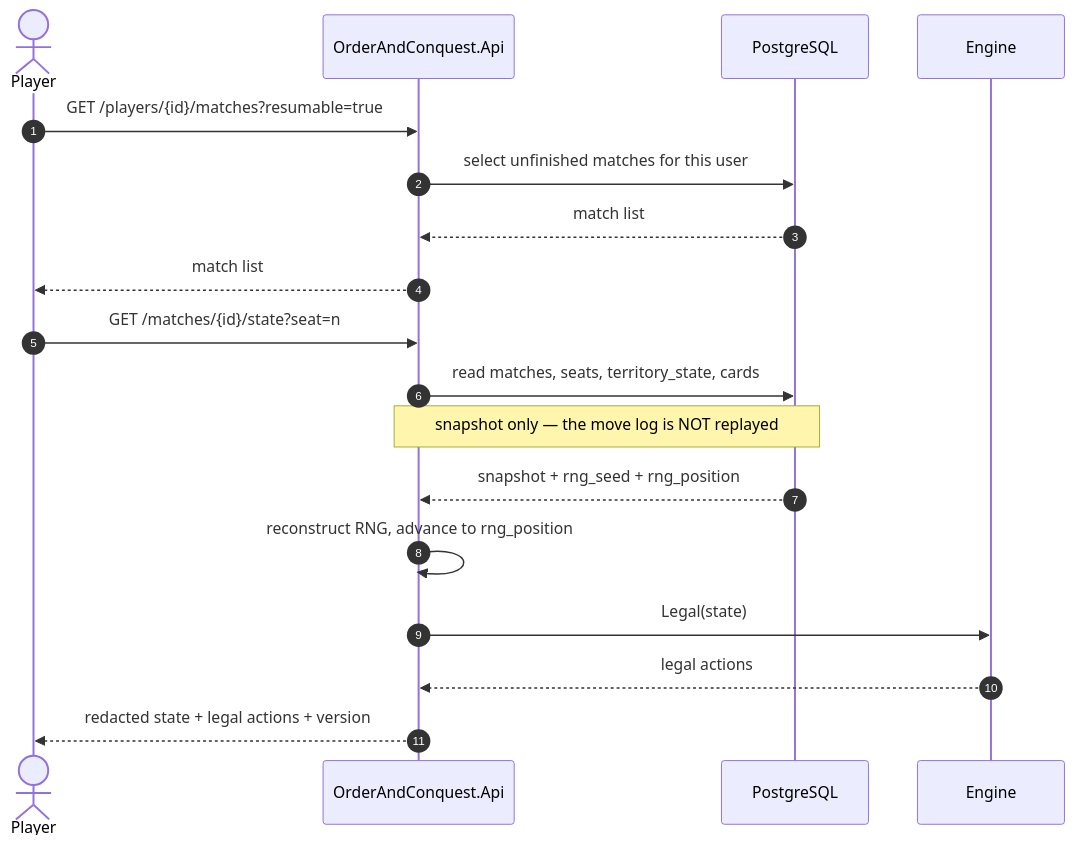
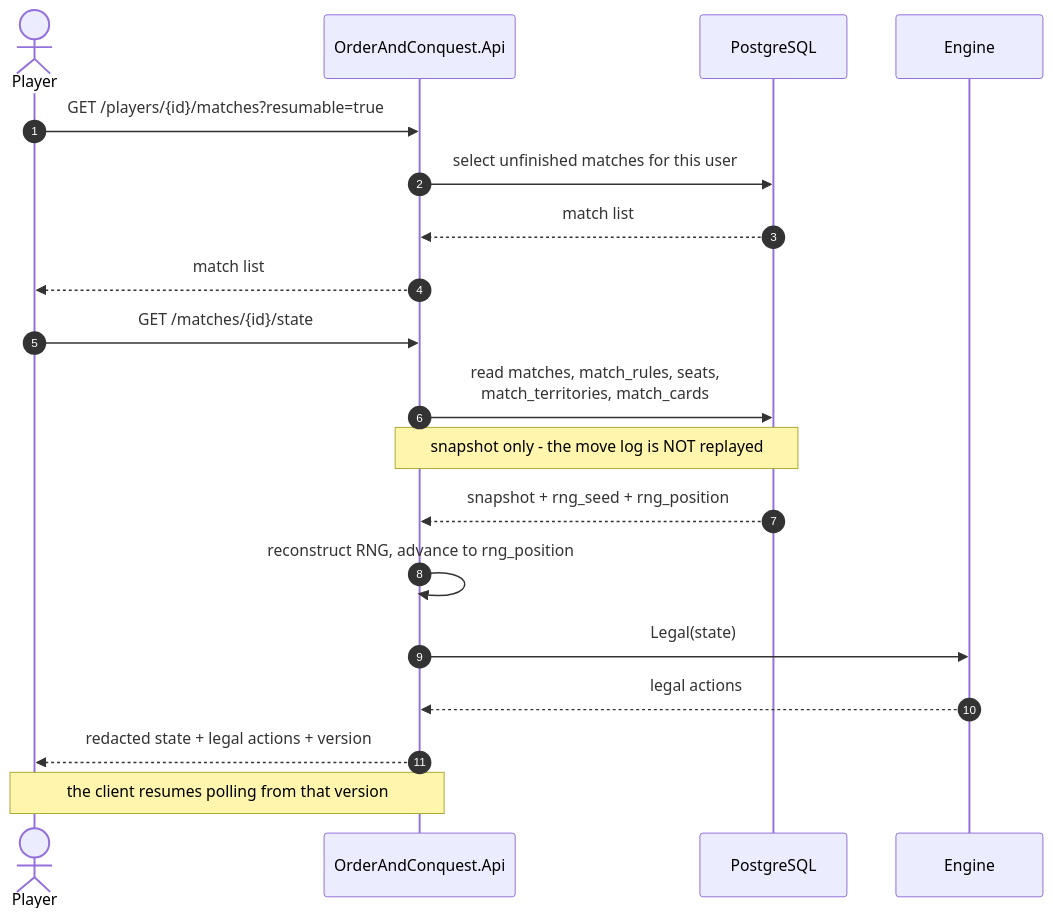
The tenth of 14 diagrams in docs/04-system-analysis.md (MujtabaNite/Order_And_Conquest), drawn with Mermaid before and after one commit. The commit also changed other lines of this file and 9 other files, not shown here.

````diff
--- a/docs/04-system-analysis.md
+++ b/docs/04-system-analysis.md
@@ -831,21 +1043,22 @@
 ```mermaid
 sequenceDiagram
     autonumber
     actor Player
     participant API as OrderAndConquest.Api
     participant DB as PostgreSQL
     participant E as Engine
 
     Player->>API: GET /players/{id}/matches?resumable=true
     API->>DB: select unfinished matches for this user
     DB-->>API: match list
     API-->>Player: match list
-    Player->>API: GET /matches/{id}/state?seat=n
-    API->>DB: read matches, seats, territory_state, cards
-    note over API,DB: snapshot only — the move log is NOT replayed
+    Player->>API: GET /matches/{id}/state
+    API->>DB: read matches, match_rules, seats,<br/>match_territories, match_cards
+    note over API,DB: snapshot only - the move log is NOT replayed
     DB-->>API: snapshot + rng_seed + rng_position
     API->>API: reconstruct RNG, advance to rng_position
     API->>E: Legal(state)
     E-->>API: legal actions
     API-->>Player: redacted state + legal actions + version
+    note over Player,API: the client resumes polling from that version
 ```
````
